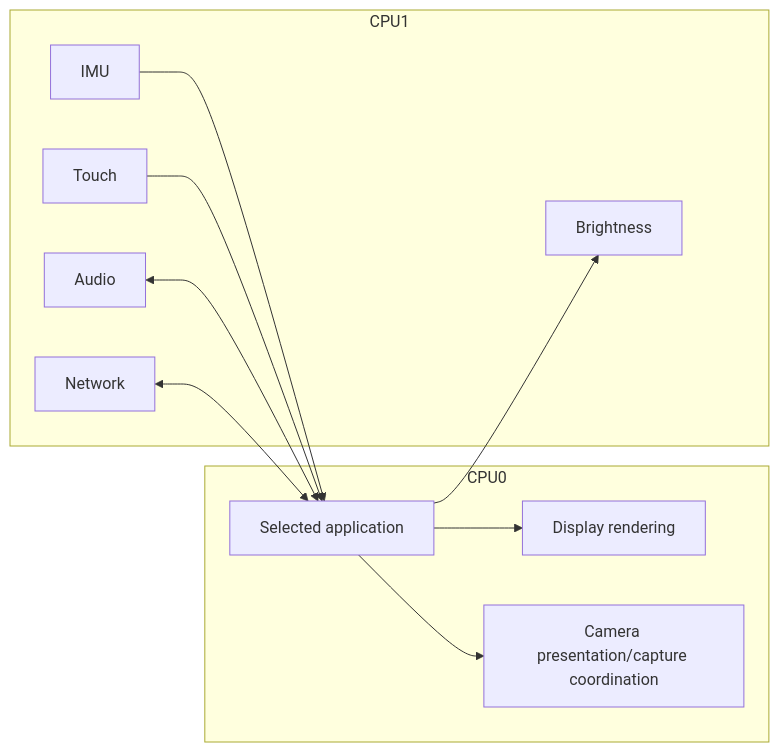
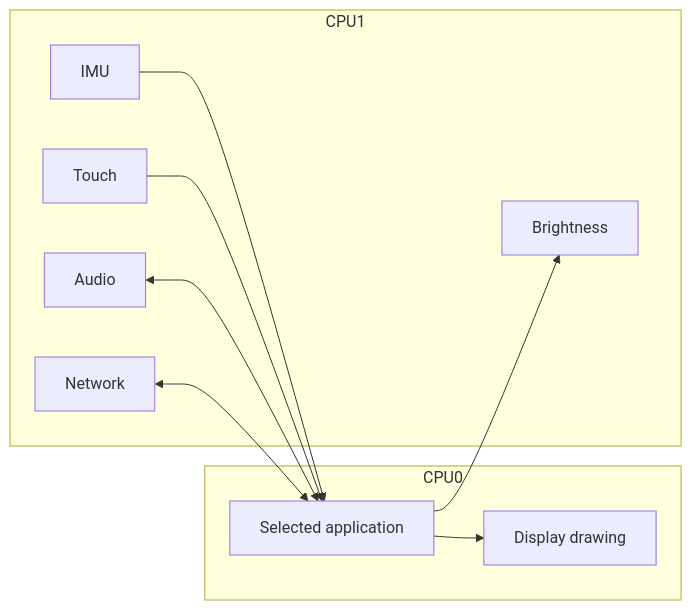
One commit to wackazong/hackandhike-2026 changed the fifth of 17 diagrams in README.md. Above: the diagram before and after it, drawn with Mermaid. The commit also changed other lines of this file, not shown here.

````diff
--- a/README.md
+++ b/README.md
@@ -436,24 +356,22 @@
 ```mermaid
 flowchart LR
     subgraph CPU0["CPU0"]
         App["Selected application"]
-        Render["Display rendering"]
-        Camera["Camera presentation/capture coordination"]
+        Render["Display drawing"]
         App --> Render
-        App --> Camera
     end
 
     subgraph CPU1["CPU1"]
         IMU["IMU"]
         Touch["Touch"]
         Audio["Audio"]
         Network["Network"]
         Brightness["Brightness"]
     end
 
     IMU --> App
     Touch --> App
     Audio <--> App
     Network <--> App
     App --> Brightness
 ```
````
